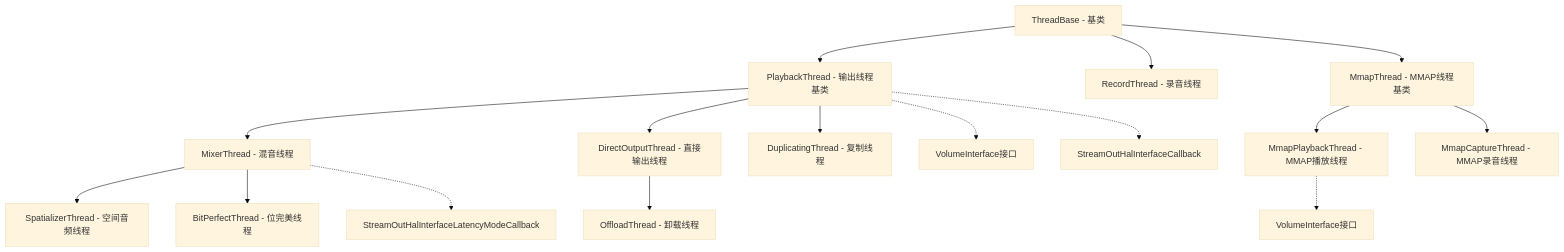
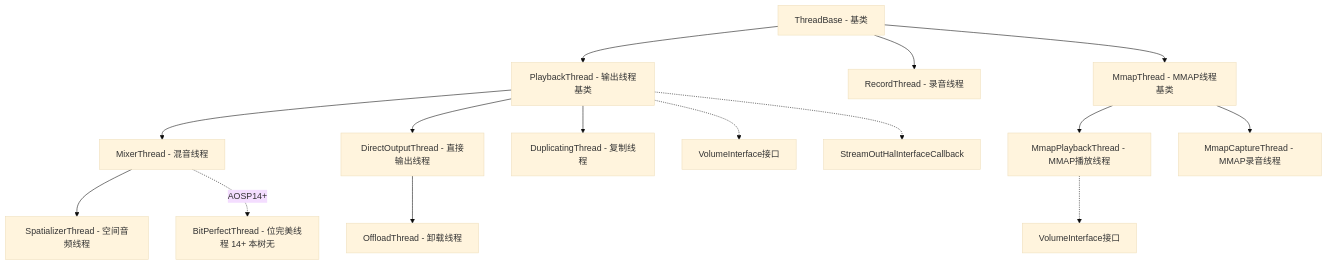
One commit to yanglinzhen1022/SA8295_AAOS_QNX_Audio_KnowledgeBase changed the first of 5 diagrams in 05_AudioFlinger/05_5.8_Thread继承体系与匹配规则.md. Above: the diagram before and after it, drawn with Mermaid (base theme). The commit also changed other lines of this file and 12 other files, not shown here.

````diff
--- a/05_AudioFlinger/05_5.8_Thread继承体系与匹配规则.md
+++ b/05_AudioFlinger/05_5.8_Thread继承体系与匹配规则.md
@@ -11,24 +11,23 @@
 ```mermaid
 graph TB
     ThreadBase[ThreadBase - 基类]
     ThreadBase --> PlaybackThread[PlaybackThread - 输出线程基类]
     ThreadBase --> RecordThread[RecordThread - 录音线程]
     ThreadBase --> MmapThread[MmapThread - MMAP线程基类]
 
     PlaybackThread --> MixerThread[MixerThread - 混音线程]
     PlaybackThread --> DirectOutputThread[DirectOutputThread - 直接输出线程]
     PlaybackThread --> DuplicatingThread[DuplicatingThread - 复制线程]
 
     DirectOutputThread --> OffloadThread[OffloadThread - 卸载线程]
 
     MixerThread --> SpatializerThread[SpatializerThread - 空间音频线程]
-    MixerThread --> BitPerfectThread[BitPerfectThread - 位完美线程]
+    MixerThread -.AOSP14+.-> BitPerfectThread[BitPerfectThread - 位完美线程 14+ 本树无]
 
     MmapThread --> MmapPlaybackThread[MmapPlaybackThread - MMAP播放线程]
     MmapThread --> MmapCaptureThread[MmapCaptureThread - MMAP录音线程]
 
     PlaybackThread -.-> VolumeInterface[VolumeInterface接口]
     PlaybackThread -.-> StreamOutHalInterfaceCallback[StreamOutHalInterfaceCallback]
-    MixerThread -.-> StreamOutHalInterfaceLatencyModeCallback[StreamOutHalInterfaceLatencyModeCallback]
     MmapPlaybackThread -.-> VolumeInterface2[VolumeInterface接口]
 ```
````
